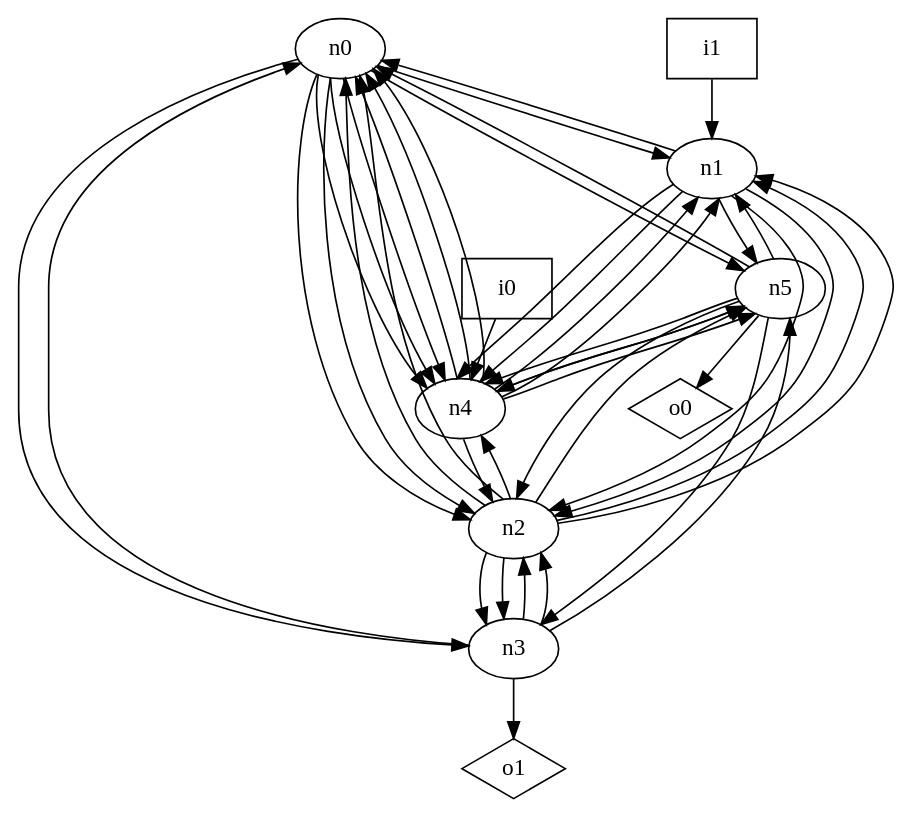
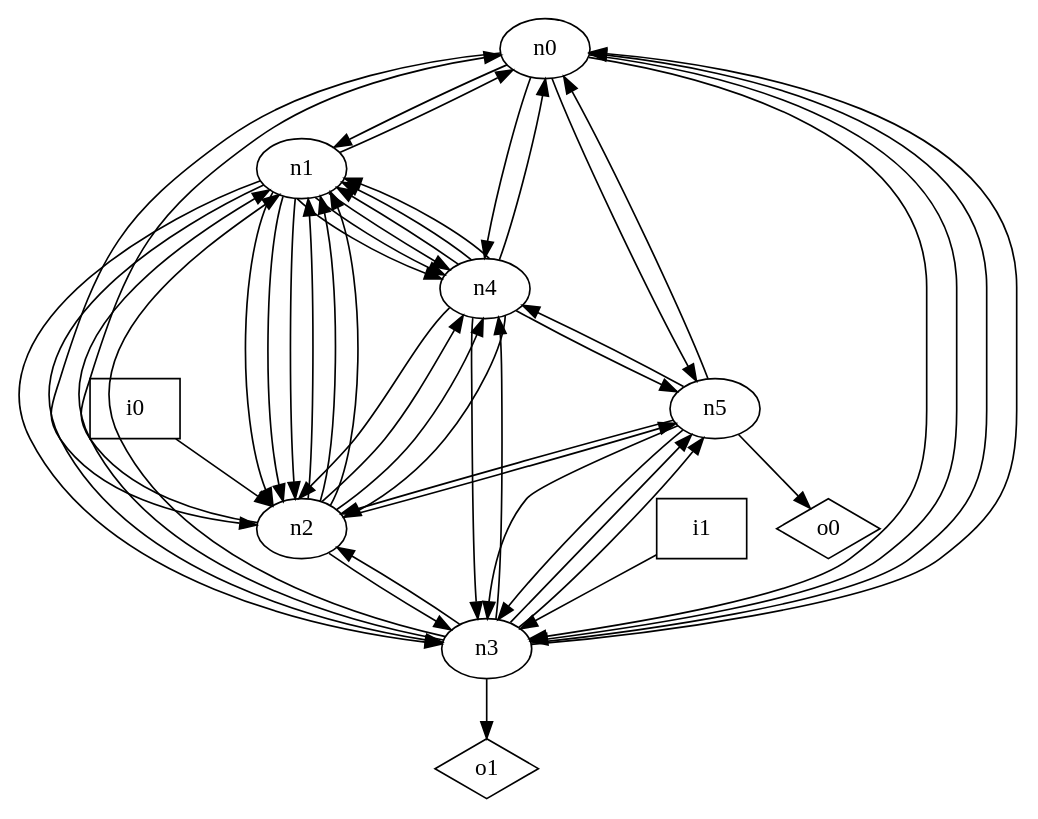
Before and after one commit to p9romain/bool-circuits: the diagram in dot_files/random_graph/undirected_loop_free_graph.dot, drawn with Graphviz. The commit also changed 84 other files, not shown here.

```diff
--- a/dot_files/random_graph/undirected_loop_free_graph.dot
+++ b/dot_files/random_graph/undirected_loop_free_graph.dot
@@ -1,56 +1,60 @@
 digraph G {
 n0 [label="n0"];
 n1 [label="n1"];
 n2 [label="n2"];
 n3 [label="n3"];
 n4 [label="n4"];
 n5 [label="n5"];
 n6 [label="i0",shape="box"];
 n7 [label="i1",shape="box"];
 n8 [label="o0",shape="diamond"];
 n9 [label="o1",shape="diamond"];
 n0 -> n1
 n0 -> n2
-n0 -> n2
 n0 -> n3
-n0 -> n4
-n0 -> n4
+n0 -> n3
 n0 -> n4
 n0 -> n5
 n1 -> n0
 n1 -> n2
 n1 -> n2
+n1 -> n2
+n1 -> n3
+n1 -> n3
 n1 -> n4
 n1 -> n4
-n1 -> n5
-n2 -> n0
+n1 -> n4
 n2 -> n0
 n2 -> n1
 n2 -> n1
+n2 -> n1
 n2 -> n3
-n2 -> n3
+n2 -> n4
 n2 -> n4
 n2 -> n5
 n3 -> n0
+n3 -> n0
+n3 -> n1
+n3 -> n1
 n3 -> n2
-n3 -> n2
+n3 -> n4
+n3 -> n5
 n3 -> n5
 n3 -> n9
 n4 -> n0
-n4 -> n0
-n4 -> n0
+n4 -> n1
 n4 -> n1
 n4 -> n1
 n4 -> n2
-n4 -> n5
+n4 -> n2
+n4 -> n3
 n4 -> n5
 n5 -> n0
-n5 -> n1
 n5 -> n2
 n5 -> n3
-n5 -> n4
+n5 -> n3
 n5 -> n4
 n5 -> n8
-n6 -> n4
-n7 -> n1
+n6 -> n2
+n7 -> n3
 }
```
